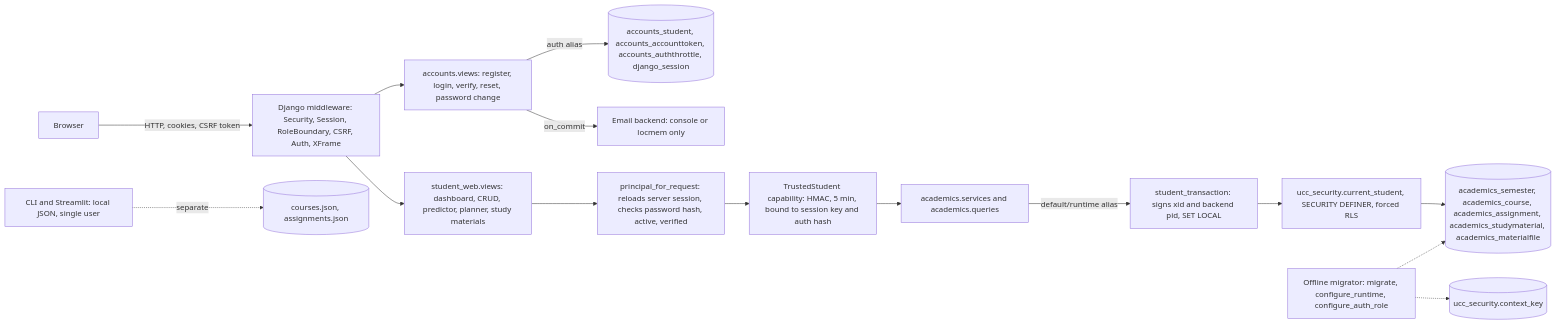
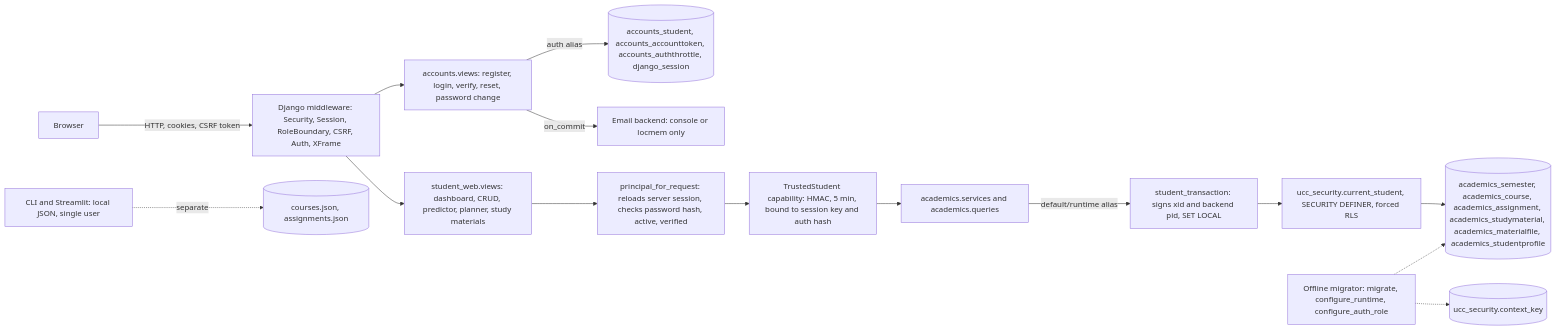
One commit to jordandavid1812-creator/university-command-center changed the diagram in docs/security/THREAT_MODEL.md. Above: the diagram before and after it, drawn with Mermaid. The commit also changed 12 other files, not shown here.

````diff
--- a/docs/security/THREAT_MODEL.md
+++ b/docs/security/THREAT_MODEL.md
@@ -17,17 +17,17 @@
 ```mermaid
 flowchart LR
     B[Browser] -->|HTTP, cookies, CSRF token| MW[Django middleware: Security, Session, RoleBoundary, CSRF, Auth, XFrame]
     MW --> AV[accounts.views: register, login, verify, reset, password change]
     MW --> SW[student_web.views: dashboard, CRUD, predictor, planner, study materials]
     AV -->|auth alias| AUTHDB[(accounts_student, accounts_accounttoken, accounts_auththrottle, django_session)]
     SW --> P[principal_for_request: reloads server session, checks password hash, active, verified]
     P --> CAP[TrustedStudent capability: HMAC, 5 min, bound to session key and auth hash]
     CAP --> SVC[academics.services and academics.queries]
     SVC -->|default/runtime alias| TX[student_transaction: signs xid and backend pid, SET LOCAL]
     TX --> RLS[ucc_security.current_student, SECURITY DEFINER, forced RLS]
-    RLS --> ACAD[(academics_semester, academics_course, academics_assignment, academics_studymaterial, academics_materialfile)]
+    RLS --> ACAD[(academics_semester, academics_course, academics_assignment, academics_studymaterial, academics_materialfile, academics_studentprofile)]
     MIG[Offline migrator: migrate, configure_runtime, configure_auth_role] -.-> ACAD
     MIG -.-> KEY[(ucc_security.context_key)]
     AV -->|on_commit| MAIL[Email backend: console or locmem only]
     CLI[CLI and Streamlit: local JSON, single user] -.separate.-> JSON[(courses.json, assignments.json)]
 ```
````
